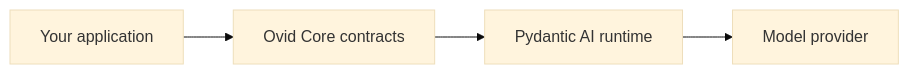
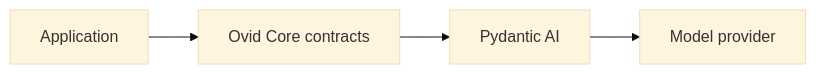
The diagram in README.md (EzyGang/ovid-core), drawn with Mermaid (base theme) before and after one commit. The commit also changed other lines of this file and 1 other file, not shown here.

````diff
--- a/README.md
+++ b/README.md
@@ -49,6 +47,6 @@
 ```mermaid
 graph LR
-    APP[Your application] --> CORE[Ovid Core contracts]
-    CORE --> PAI[Pydantic AI runtime]
+    APP[Application] --> CORE[Ovid Core contracts]
+    CORE --> PAI[Pydantic AI]
     PAI --> PROVIDER[Model provider]
 ```
````
